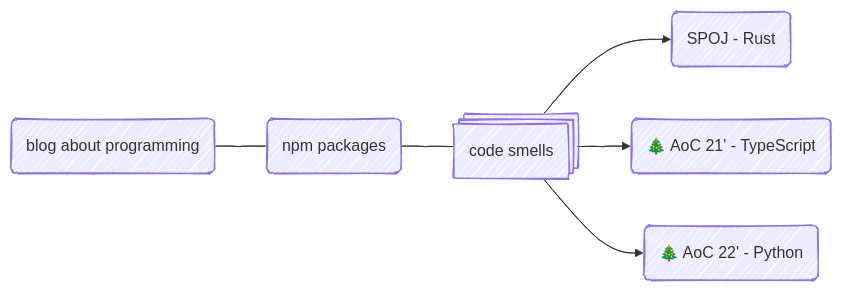
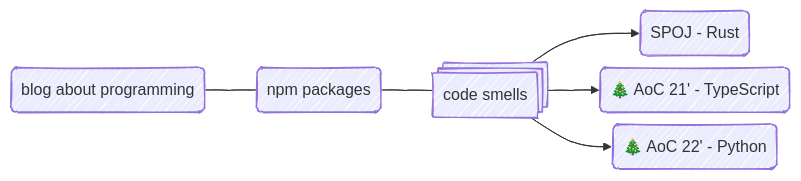
Before and after one commit to twistezo/twistezo: the diagram in README.md, drawn with Mermaid.

````diff
--- a/README.md
+++ b/README.md
@@ -1,29 +1,34 @@
 ```mermaid
 ---
 config:
   look: handDrawn
   # theme: neutral
   securityLevel: antiscript
+  flowchart:
+    diagramPadding: 0
+    nodeSpacing: 10
+    rankSpacing: 50
+    padding: 10
 ---
 flowchart LR
     BLOG(blog about programming)
     NPM(npm packages)
     CODE@{ shape: st-rect, label: "code smells"}
     A(SPOJ - Rust)
     B(🎄 AoC 21' - TypeScript)
     C(🎄 AoC 22' - Python)
 
     BLOG --- NPM --- CODE
     CODE --> A
     CODE --> B
     CODE --> C
 
     click BLOG href "https://twistezo.github.io/blog/" "Tooltip" _blank
     click NPM href "https://www.npmjs.com/~twistezo" "Tooltip" _blank
     click A href "https://github.com/twistezo/spoj-tournament" "Tooltip" _blank
     click B href "https://github.com/twistezo/advent-of-code-2021" "Tooltip" _blank
     click C href "https://github.com/twistezo/advent-of-code-2021" "Tooltip" _blank
 
     %% classDef styles fill:#fff
     %% class BLOG,NPM,CODE,A,B,C styles
 ```
````
